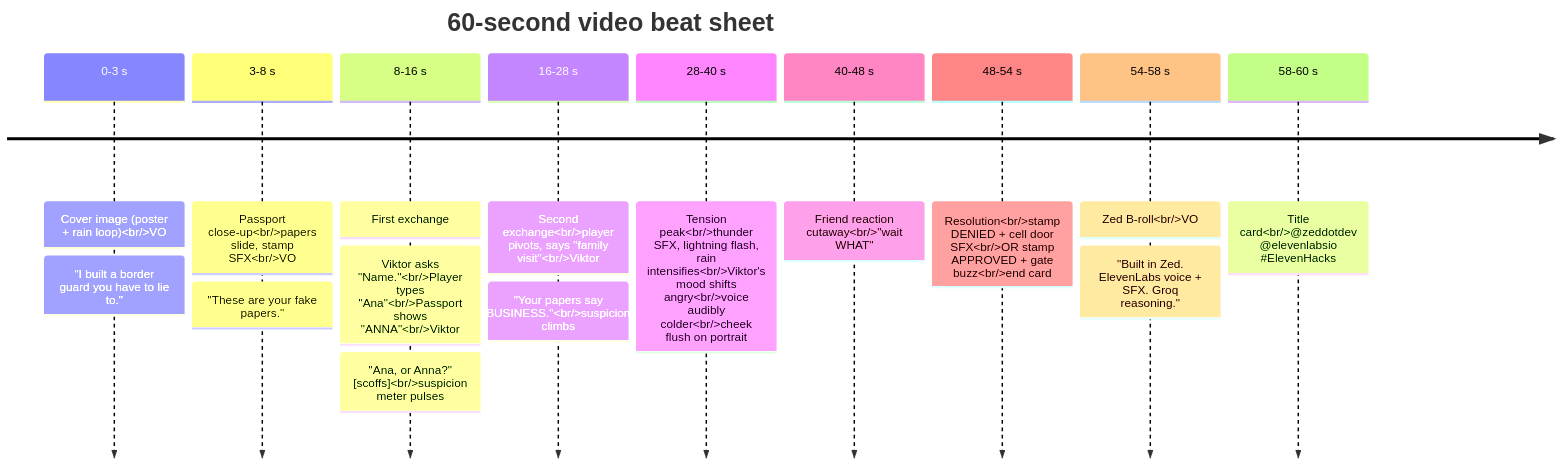
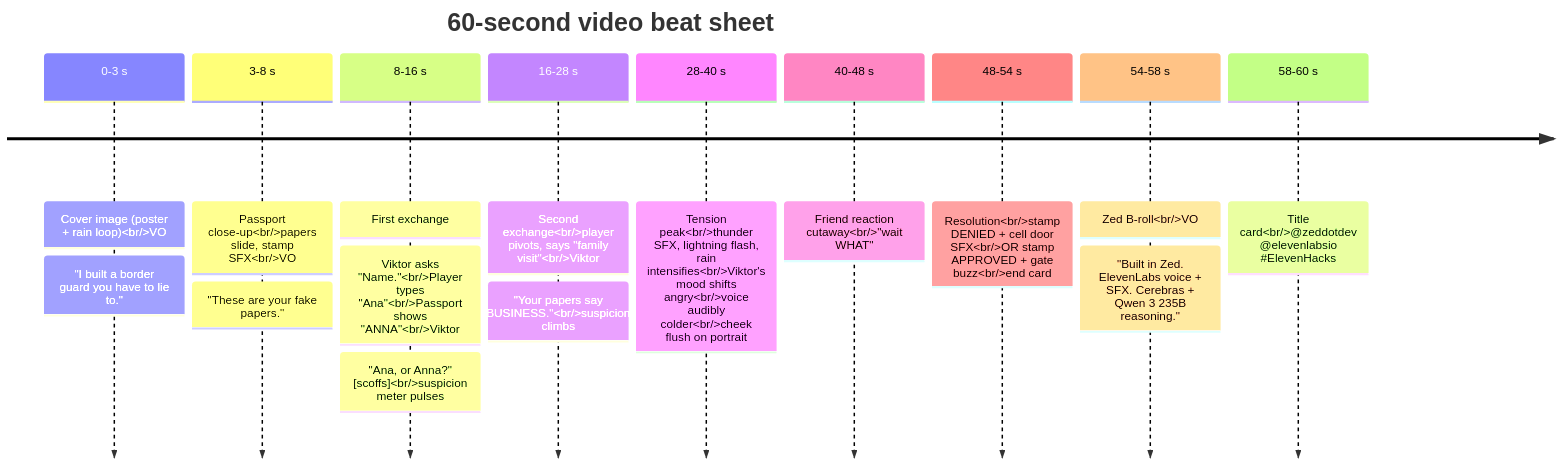
The third of 3 diagrams in docs/SUBMISSION.md (AnkanMisra/Negotiator), drawn with Mermaid before and after one commit. The commit also changed other lines of this file and 16 other files, not shown here.

````diff
--- a/docs/SUBMISSION.md
+++ b/docs/SUBMISSION.md
@@ -138,13 +138,13 @@
 ```mermaid
 timeline
     title 60-second video beat sheet
     0-3 s  : Cover image (poster + rain loop)<br/>VO: "I built a border guard you have to lie to."
     3-8 s  : Passport close-up<br/>papers slide, stamp SFX<br/>VO: "These are your fake papers."
     8-16 s : First exchange: Viktor asks "Name."<br/>Player types "Ana"<br/>Passport shows "ANNA"<br/>Viktor: "Ana, or Anna?" [scoffs]<br/>suspicion meter pulses
     16-28 s : Second exchange<br/>player pivots, says "family visit"<br/>Viktor: "Your papers say BUSINESS."<br/>suspicion climbs
     28-40 s : Tension peak<br/>thunder SFX, lightning flash, rain intensifies<br/>Viktor's mood shifts angry<br/>voice audibly colder<br/>cheek flush on portrait
     40-48 s : Friend reaction cutaway<br/>"wait WHAT"
     48-54 s : Resolution<br/>stamp DENIED + cell door SFX<br/>OR stamp APPROVED + gate buzz<br/>end card
-    54-58 s : Zed B-roll<br/>VO: "Built in Zed. ElevenLabs voice + SFX. Groq reasoning."
+    54-58 s : Zed B-roll<br/>VO: "Built in Zed. ElevenLabs voice + SFX. Cerebras + Qwen 3 235B reasoning."
     58-60 s : Title card<br/>@zeddotdev @elevenlabsio #ElevenHacks
 ```
````
